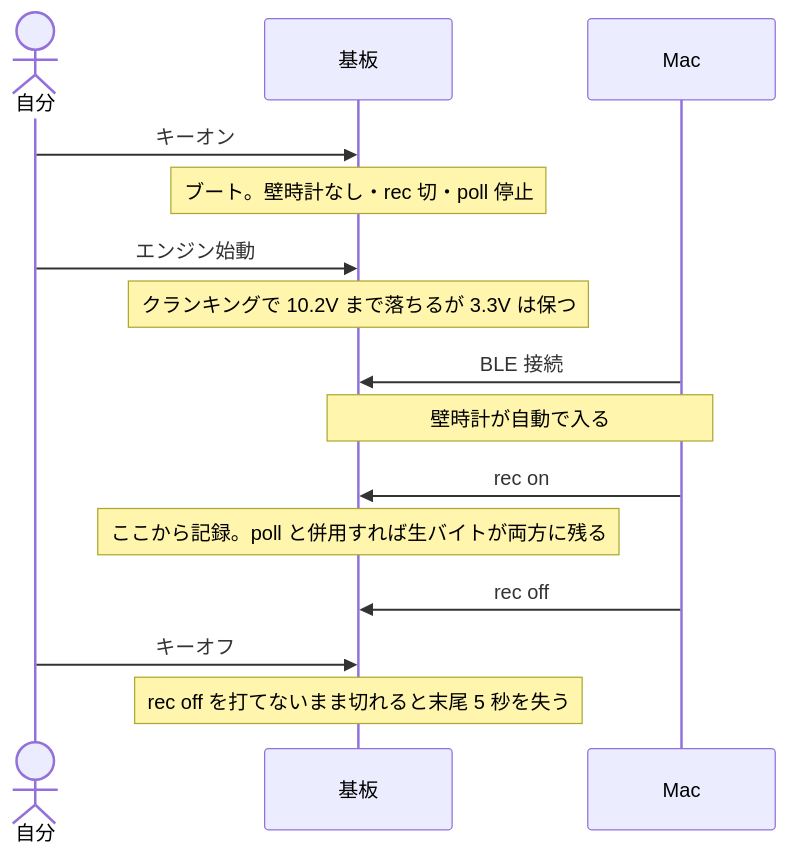
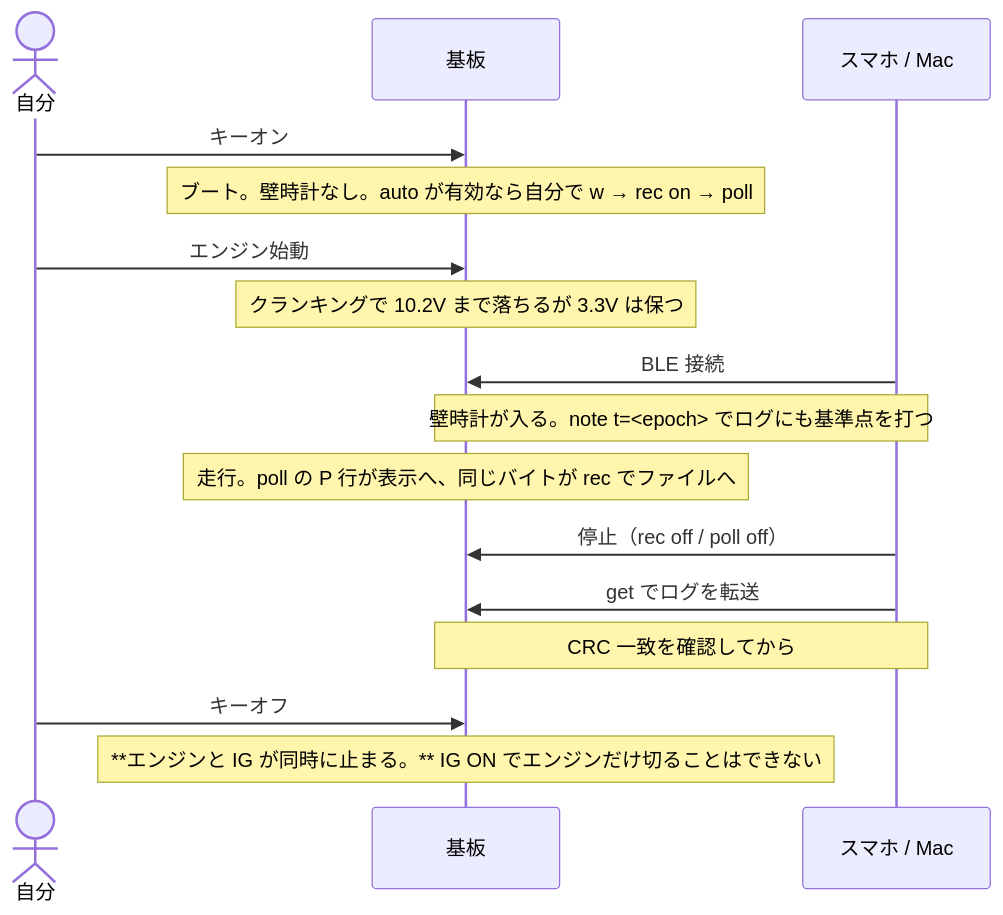
Before and after one commit to k4n4ch/mc52obd: the sixth of 6 diagrams in firmware/SPEC.md, drawn with Mermaid. The commit also changed other lines of this file and 3 other files, not shown here.

````diff
--- a/firmware/SPEC.md
+++ b/firmware/SPEC.md
@@ -396,17 +415,18 @@
 ```mermaid
 sequenceDiagram
   actor R as 自分
   participant B as 基板
-  participant M as Mac
+  participant M as スマホ / Mac
   R->>B: キーオン
-  Note over B: ブート。壁時計なし・rec 切・poll 停止
+  Note over B: ブート。壁時計なし。auto が有効なら自分で w → rec on → poll
   R->>B: エンジン始動
   Note over B: クランキングで 10.2V まで落ちるが 3.3V は保つ
   M->>B: BLE 接続
-  Note over M,B: 壁時計が自動で入る
-  M->>B: rec on
-  Note over B: ここから記録。poll と併用すれば生バイトが両方に残る
-  M->>B: rec off
+  Note over M,B: 壁時計が入る。note t=<epoch> でログにも基準点を打つ
+  Note over B: 走行。poll の P 行が表示へ、同じバイトが rec でファイルへ
+  M->>B: 停止（rec off / poll off）
+  M->>B: get でログを転送
+  Note over M,B: CRC 一致を確認してから
   R->>B: キーオフ
-  Note over B: rec off を打てないまま切れると末尾 5 秒を失う
+  Note over B: **エンジンと IG が同時に止まる。** IG ON でエンジンだけ切ることはできない
 ```
````
